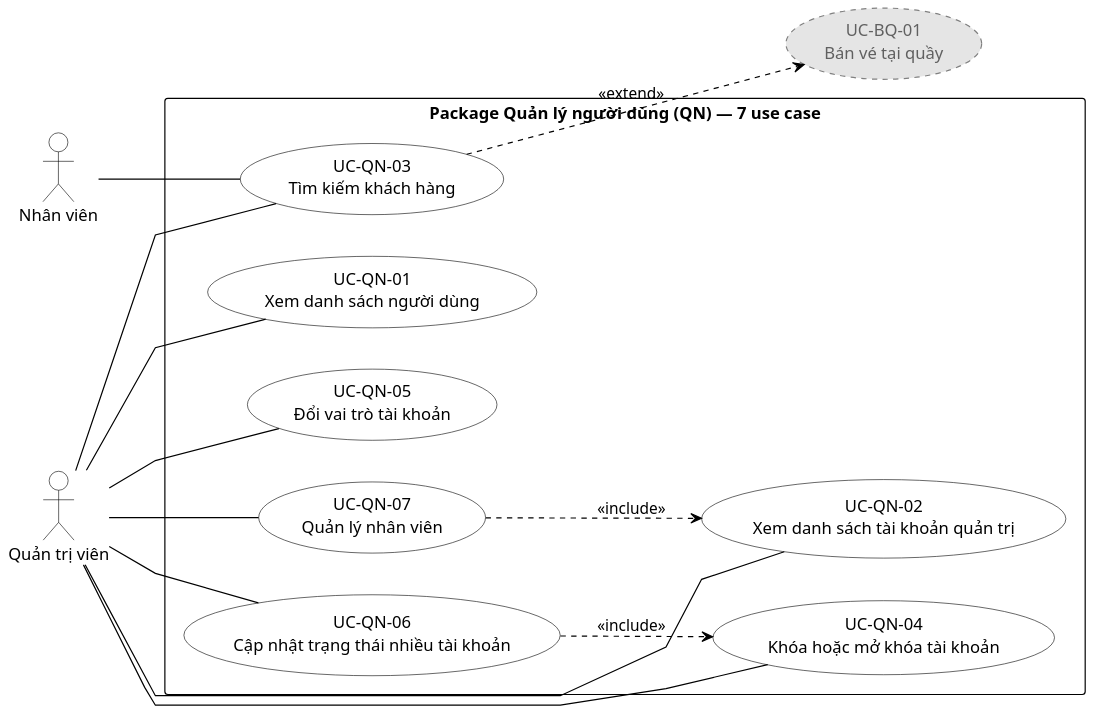
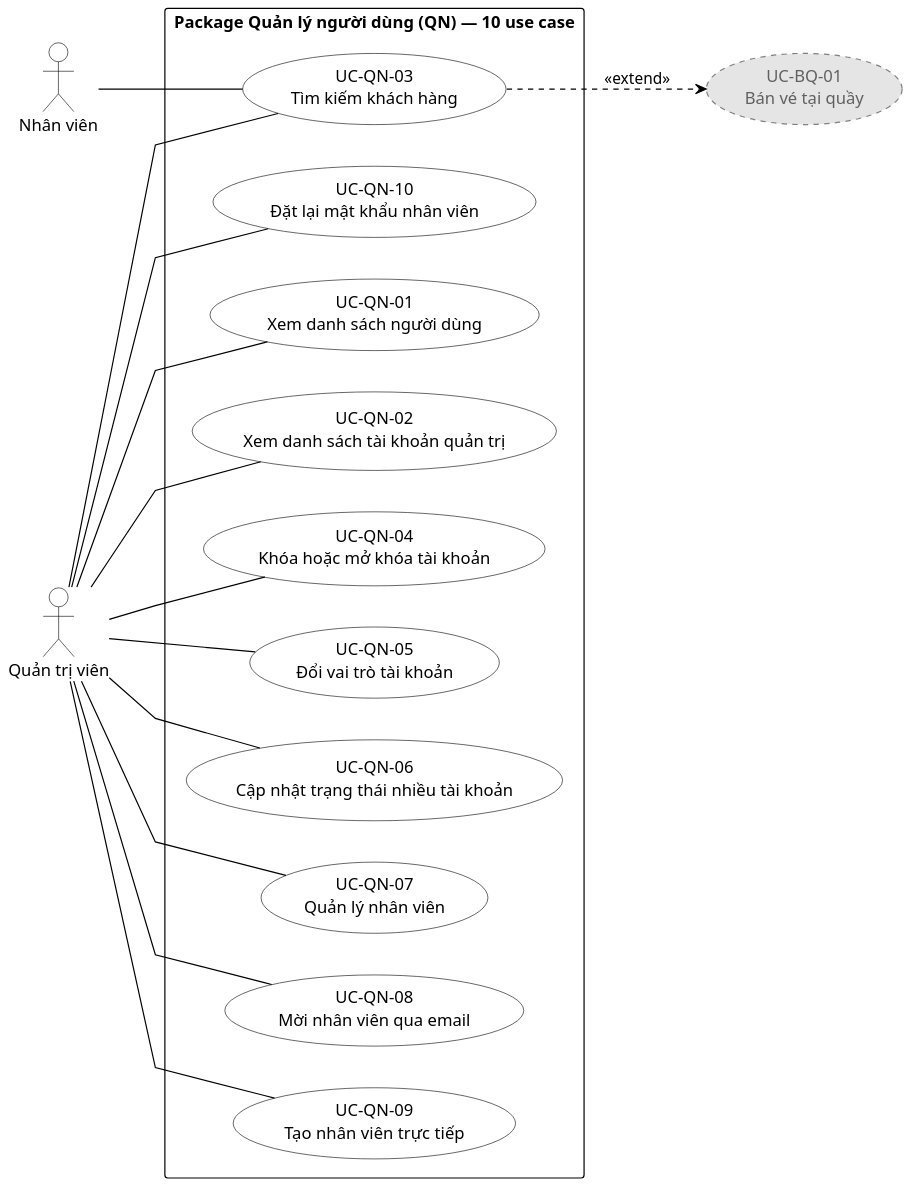
Before and after one commit to nguyenhiennnnn/perfo: the diagram in docs/so-do/plantuml/hinh-3-18.puml, drawn with PlantUML. The commit also changed 58 other files, not shown here.

```diff
--- a/docs/so-do/plantuml/hinh-3-18.puml
+++ b/docs/so-do/plantuml/hinh-3-18.puml
@@ -1,38 +1,48 @@
 @startuml
 left to right direction
 skinparam linetype polyline
 skinparam shadowing false
 skinparam defaultFontName "Times New Roman"
 skinparam packageStyle rectangle
 skinparam dpi 150
 skinparam ArrowColor Black
 skinparam actorBackgroundColor White
 skinparam actorBorderColor Black
 skinparam usecaseBackgroundColor White
 skinparam usecaseBorderColor Black
 skinparam rectangleBackgroundColor White
 skinparam rectangleBorderColor Black
+
 actor "Nhân viên" as A_NV
 actor "Quản trị viên" as A_QTV
-rectangle "Package Quản lý người dùng (QN) — 7 use case" as PK {
+
+rectangle "Package Quản lý người dùng (QN) — 10 use case" as PK {
   usecase "UC-QN-01\nXem danh sách người dùng" as UC_QN_01
   usecase "UC-QN-02\nXem danh sách tài khoản quản trị" as UC_QN_02
   usecase "UC-QN-03\nTìm kiếm khách hàng" as UC_QN_03
   usecase "UC-QN-04\nKhóa hoặc mở khóa tài khoản" as UC_QN_04
   usecase "UC-QN-05\nĐổi vai trò tài khoản" as UC_QN_05
   usecase "UC-QN-06\nCập nhật trạng thái nhiều tài khoản" as UC_QN_06
   usecase "UC-QN-07\nQuản lý nhân viên" as UC_QN_07
+  usecase "UC-QN-08\nMời nhân viên qua email" as UC_QN_08
+  usecase "UC-QN-09\nTạo nhân viên trực tiếp" as UC_QN_09
+  usecase "UC-QN-10\nĐặt lại mật khẩu nhân viên" as UC_QN_10
 }
+
 usecase "UC-BQ-01\nBán vé tại quầy" as UC_BQ_01 #E5E5E5;line:808080;text:606060;line.dashed
+
 A_NV -- UC_QN_03
+
 A_QTV -- UC_QN_01
 A_QTV -- UC_QN_02
 A_QTV -- UC_QN_03
 A_QTV -- UC_QN_04
 A_QTV -- UC_QN_05
 A_QTV -- UC_QN_06
 A_QTV -- UC_QN_07
+A_QTV -- UC_QN_08
+A_QTV -- UC_QN_09
+A_QTV -- UC_QN_10
+
 UC_QN_03 ..> UC_BQ_01 : <<extend>>
-UC_QN_06 ..> UC_QN_04 : <<include>>
-UC_QN_07 ..> UC_QN_02 : <<include>>
 @enduml
```
